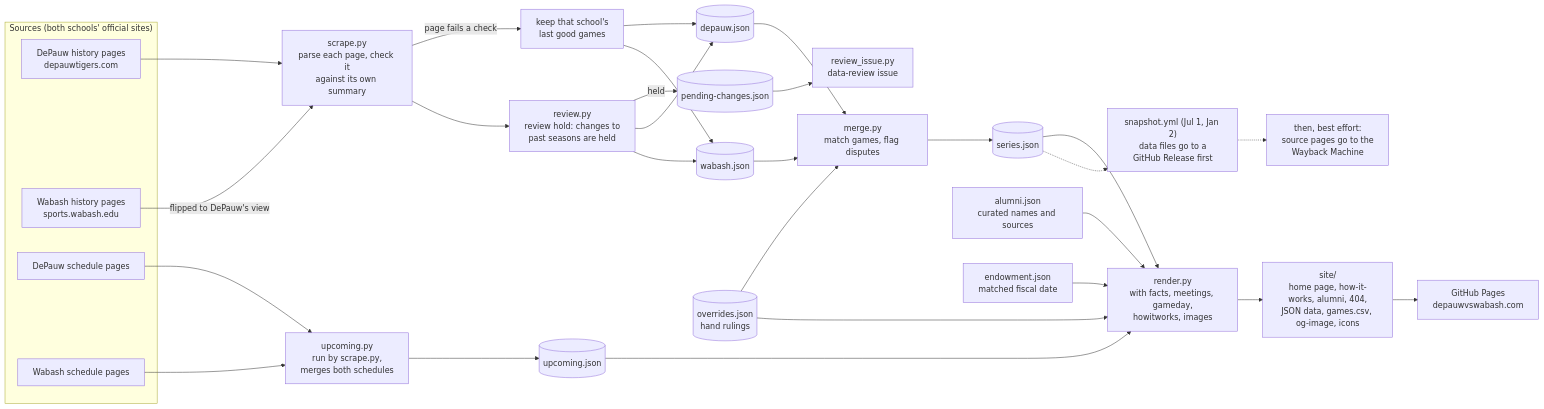
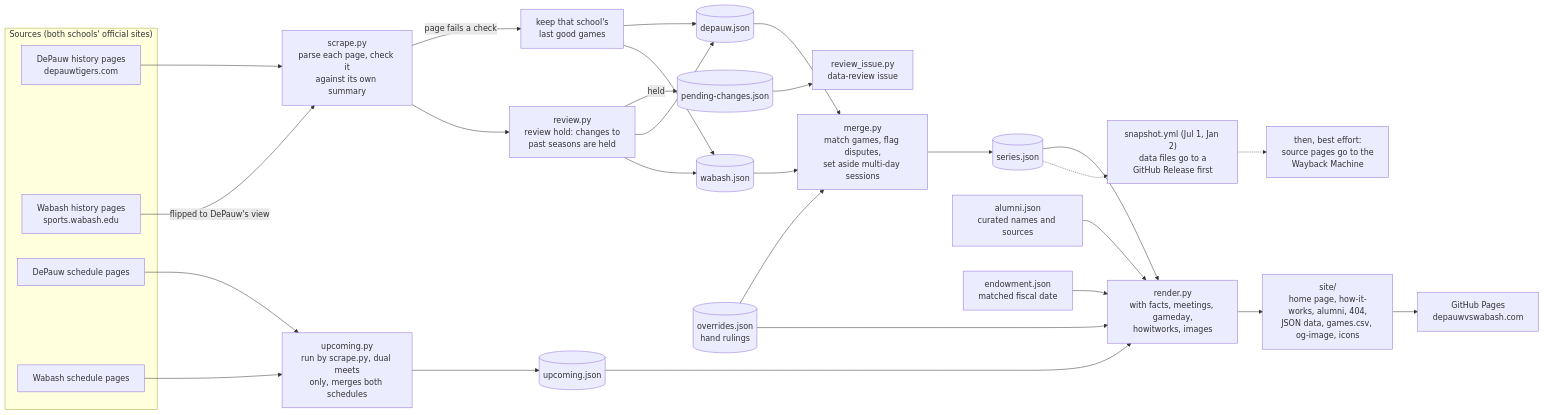
Before and after one commit to Haynesmodel/DePauw-vs-Wabash-web: the first of 3 diagrams in README.md, drawn with Mermaid. The commit also changed other lines of this file and 1 other file, not shown here.

````diff
--- a/README.md
+++ b/README.md
@@ -54,36 +55,36 @@
 ```mermaid
 flowchart LR
   subgraph SRC["Sources (both schools' official sites)"]
     DH["DePauw history pages<br/>depauwtigers.com"]
     WH["Wabash history pages<br/>sports.wabash.edu"]
     DS["DePauw schedule pages"]
     WS["Wabash schedule pages"]
   end
 
   DH --> P["scrape.py<br/>parse each page, check it<br/>against its own summary"]
   WH -- "flipped to DePauw's view" --> P
   P -- "page fails a check" --> K["keep that school's<br/>last good games"]
   P --> R["review.py<br/>review hold: changes to<br/>past seasons are held"]
   R -- "held" --> PC[("pending-changes.json")]
   PC --> RI["review_issue.py<br/>data-review issue"]
   R --> DJ[("depauw.json")]
   R --> WJ[("wabash.json")]
   K --> DJ
   K --> WJ
-  DJ --> M["merge.py<br/>match games, flag disputes"]
+  DJ --> M["merge.py<br/>match games, flag disputes,<br/>set aside multi-day sessions"]
   WJ --> M
   OV[("overrides.json<br/>hand rulings")] --> M
   M --> SJ[("series.json")]
-  DS --> U["upcoming.py<br/>run by scrape.py,<br/>merges both schedules"]
+  DS --> U["upcoming.py<br/>run by scrape.py, dual meets<br/>only, merges both schedules"]
   WS --> U
   U --> UJ[("upcoming.json")]
   SJ --> RN["render.py<br/>with facts, meetings, gameday,<br/>howitworks, images"]
   AL["alumni.json<br/>curated names and sources"] --> RN
   EN["endowment.json<br/>matched fiscal date"] --> RN
   UJ --> RN
   OV --> RN
   RN --> SITE["site/<br/>home page, how-it-works, alumni, 404,<br/>JSON data, games.csv, og-image, icons"]
   SITE --> GP["GitHub Pages<br/>depauwvswabash.com"]
   SJ -.-> SN["snapshot.yml (Jul 1, Jan 2)<br/>data files go to a<br/>GitHub Release first"]
   SN -.-> WB["then, best effort:<br/>source pages go to the<br/>Wayback Machine"]
 ```
````
